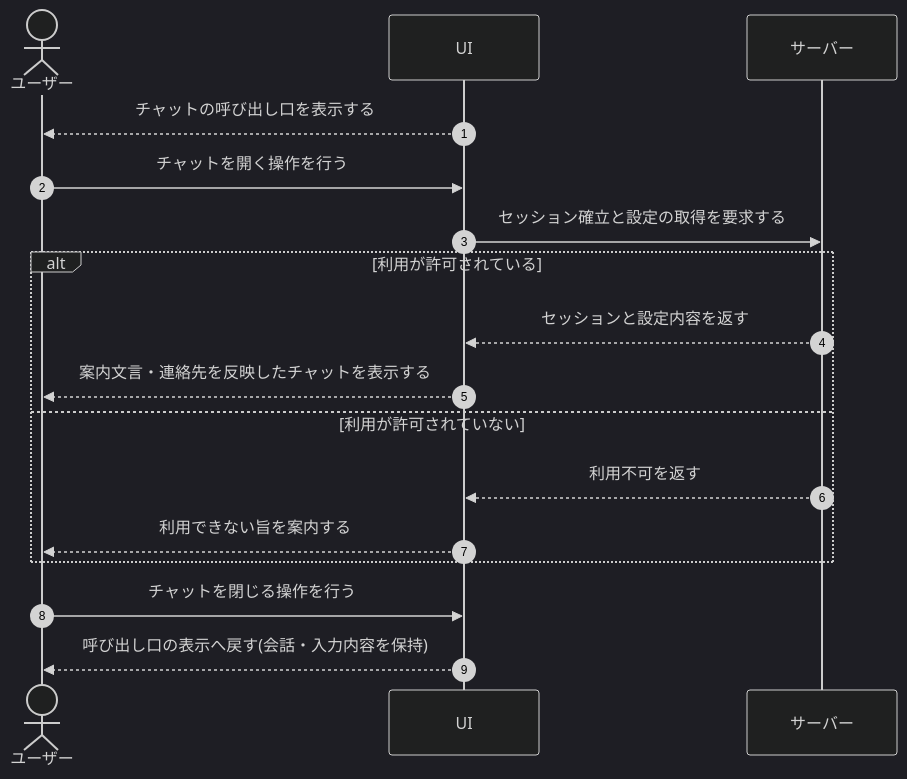
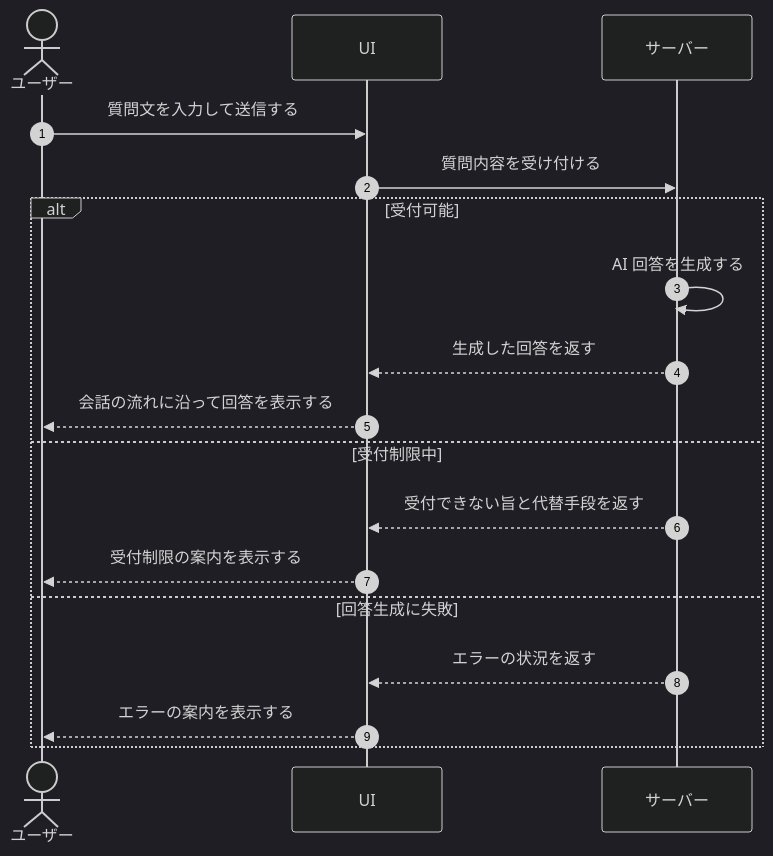
One commit to sikakou54/open-faq changed the diagram in 01_requirements/04_business_usecases/UC-041.md. Above: the diagram before and after it, drawn with Mermaid (dark theme). The commit also changed other lines of this file and 395 other files, not shown here.

````diff
--- a/01_requirements/04_business_usecases/UC-041.md
+++ b/01_requirements/04_business_usecases/UC-041.md
@@ -26,19 +26,20 @@
 ```mermaid
 sequenceDiagram
   autonumber
   actor U as ユーザー
   participant UI as UI
   participant S as サーバー
-  UI-->>U: チャットの呼び出し口を表示する
-  U->>UI: チャットを開く操作を行う
-  UI->>S: セッション確立と設定の取得を要求する
-  alt 利用が許可されている
-    S-->>UI: セッションと設定内容を返す
-    UI-->>U: 案内文言・連絡先を反映したチャットを表示する
-  else 利用が許可されていない
-    S-->>UI: 利用不可を返す
-    UI-->>U: 利用できない旨を案内する
+  U->>UI: 質問文を入力して送信する
+  UI->>S: 質問内容を受け付ける
+  alt 受付可能
+    S->>S: AI 回答を生成する
+    S-->>UI: 生成した回答を返す
+    UI-->>U: 会話の流れに沿って回答を表示する
+  else 受付制限中
+    S-->>UI: 受付できない旨と代替手段を返す
+    UI-->>U: 受付制限の案内を表示する
+  else 回答生成に失敗
+    S-->>UI: エラーの状況を返す
+    UI-->>U: エラーの案内を表示する
   end
-  U->>UI: チャットを閉じる操作を行う
-  UI-->>U: 呼び出し口の表示へ戻す(会話・入力内容を保持)
 ```
````
